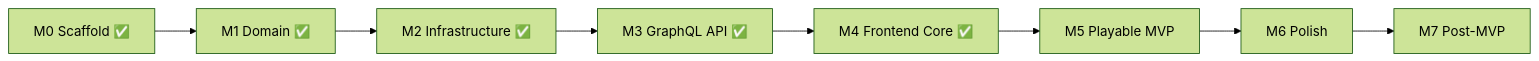
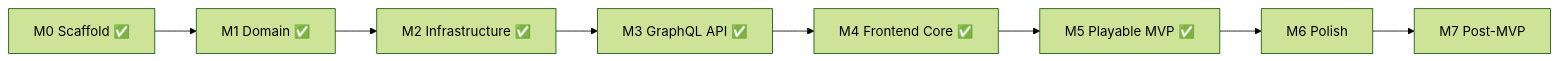
Before and after one commit to tiago4vita/6-nimmt: the diagram in .cursor/roadmap.md, drawn with Mermaid (forest theme). The commit also changed other lines of this file and 3 other files, not shown here.

Commit message:
docs: mark M5 playable MVP complete after manual QA

````diff
--- a/.cursor/roadmap.md
+++ b/.cursor/roadmap.md
@@ -54,10 +53,10 @@
 ```mermaid
 flowchart LR
   M0[M0 Scaffold ✅] --> M1[M1 Domain ✅]
   M1 --> M2[M2 Infrastructure ✅]
   M2 --> M3[M3 GraphQL API ✅]
   M3 --> M4[M4 Frontend Core ✅]
-  M4 --> M5[M5 Playable MVP]
+  M4 --> M5[M5 Playable MVP ✅]
   M5 --> M6[M6 Polish]
   M6 --> M7[M7 Post-MVP]
 ```
````
